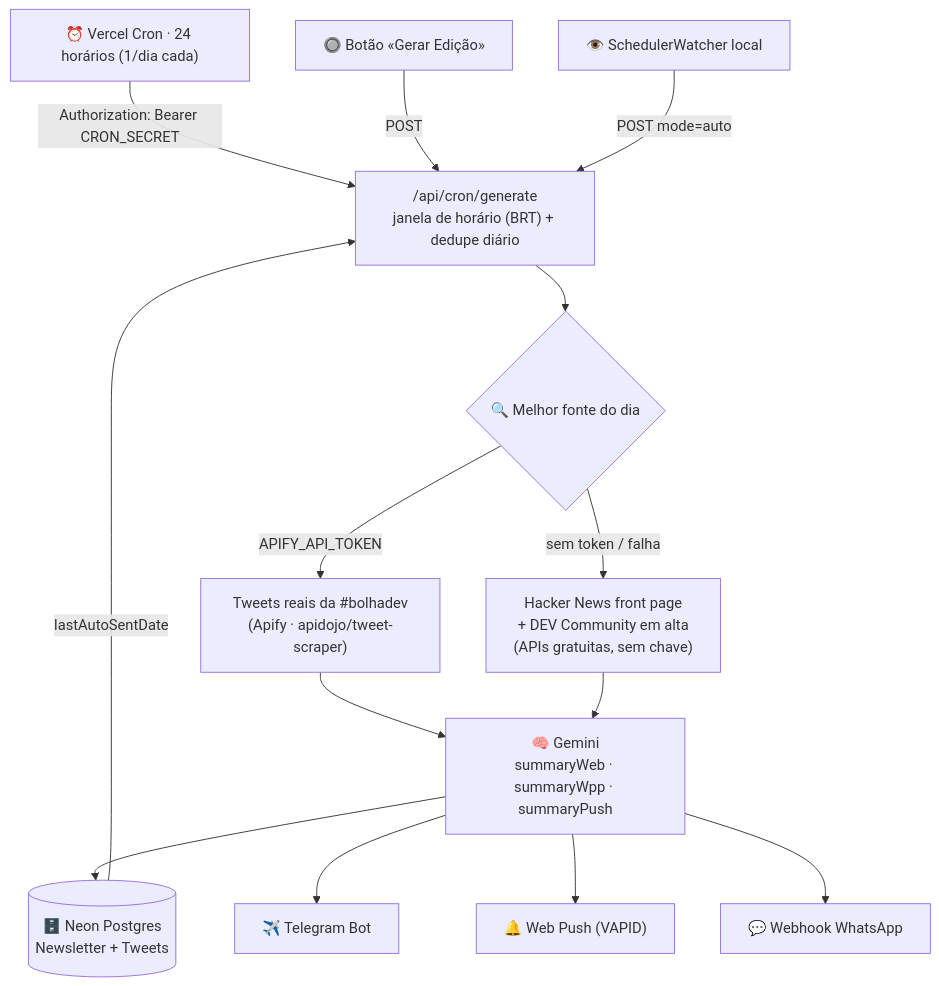
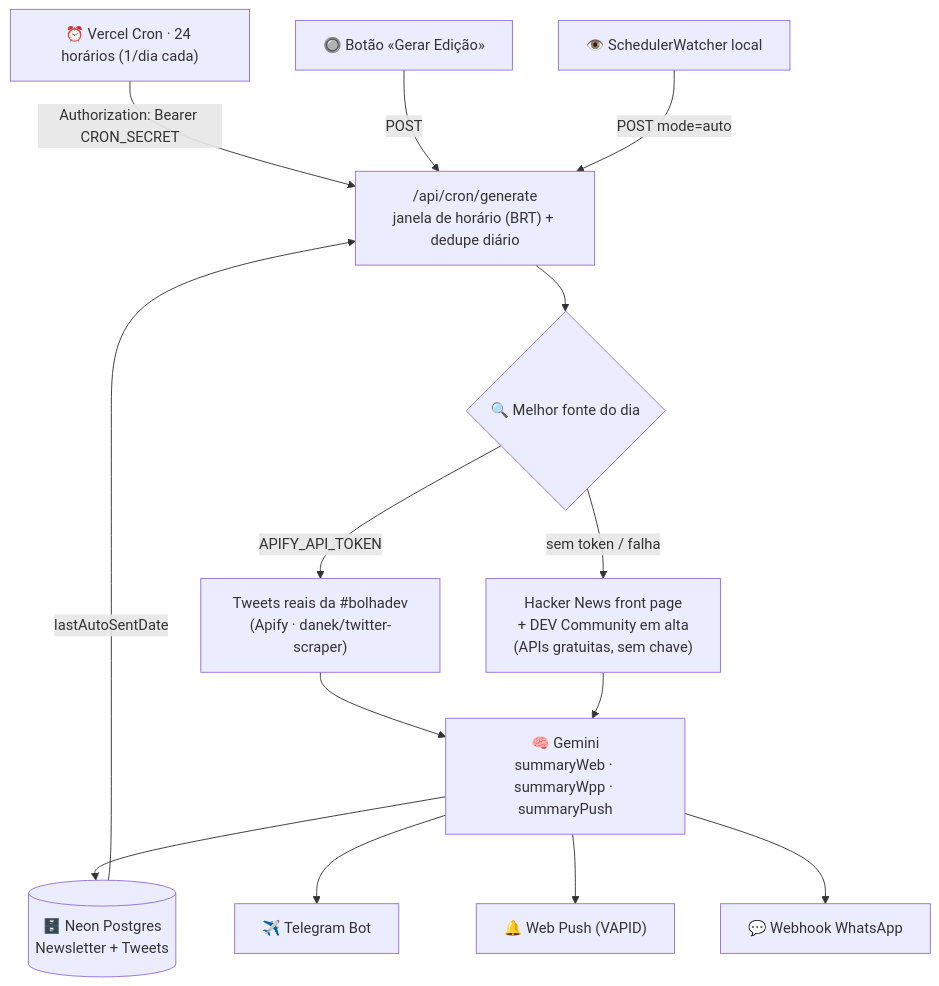
Before and after one commit to heliomachado-dev/bolhadev-digest: the diagram in README.md, drawn with Mermaid. The commit also changed other lines of this file and 2 other files, not shown here.

Commit message:
feat: usa danek/twitter-scraper no Apify (único scraper top viável no plano free)
Pesquisa da store: apidojo/tweet-scraper e twitter-scraper-lite restringem free users a demo (5 runs/mês, sem API). danek/twitter-scraper permite API no free (20 results/run, US,0003/tweet ≈ US,11/mês), 14,6M runs/mês e 100% de sucesso. Input { query, max_posts } conforme schema documentado; mapper de output tolerante às variantes (validar no primeiro teste ao vivo). Fallback HN+DEV permanece intacto.

````diff
--- a/README.md
+++ b/README.md
@@ -36,21 +36,21 @@
 ```mermaid
 flowchart TD
     CRON["⏰ Vercel Cron · 24 horários (1/dia cada)"] -->|"Authorization: Bearer CRON_SECRET"| API
     UI["🔘 Botão «Gerar Edição»"] -->|POST| API
     WATCH["👁️ SchedulerWatcher local"] -->|POST mode=auto| API
 
     API["/api/cron/generate<br/>janela de horário (BRT) + dedupe diário"]
 
     API --> SRC{"🔍 Melhor fonte do dia"}
-    SRC -->|"APIFY_API_TOKEN"| X["Tweets reais da #bolhadev<br/>(Apify · apidojo/tweet-scraper)"]
+    SRC -->|"APIFY_API_TOKEN"| X["Tweets reais da #bolhadev<br/>(Apify · danek/twitter-scraper)"]
     SRC -->|"sem token / falha"| COMM["Hacker News front page<br/>+ DEV Community em alta<br/>(APIs gratuitas, sem chave)"]
 
     X --> AI["🧠 Gemini<br/>summaryWeb · summaryWpp · summaryPush"]
     COMM --> AI
 
     AI --> DB[("🗄️ Neon Postgres<br/>Newsletter + Tweets")]
     AI --> TG["✈️ Telegram Bot"]
     AI --> PUSH["🔔 Web Push (VAPID)"]
     AI --> WA["💬 Webhook WhatsApp"]
     DB -->|lastAutoSentDate| API
 ```
````
